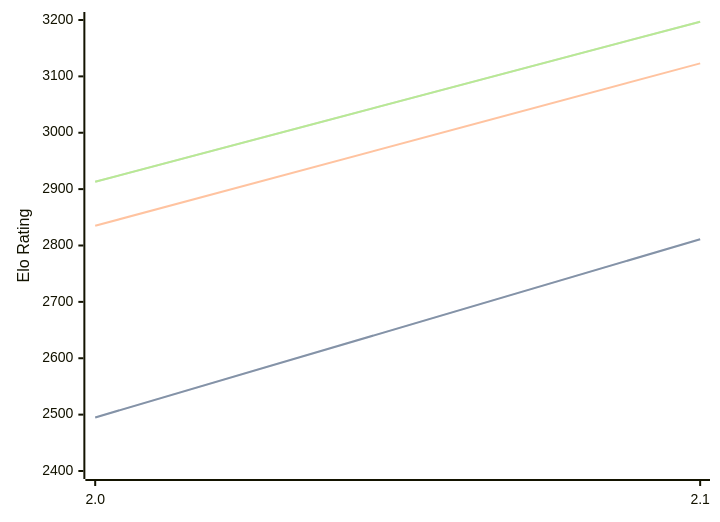
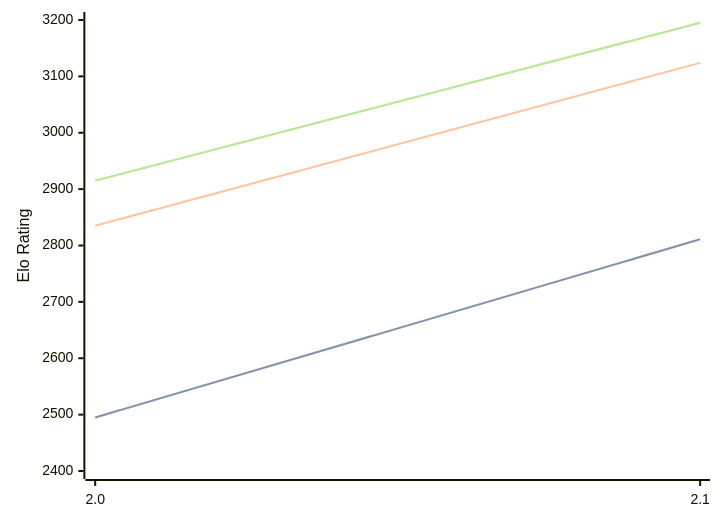
Before and after one commit to computer-chess-index/cci: the first of 3 diagrams in engines/Tunguska.md, drawn with Mermaid. The commit also changed other lines of this file, not shown here.

Commit message:
Update CCI Ratings (ELO VLTC) - 2026-06-21

````diff
--- a/engines/Tunguska.md
+++ b/engines/Tunguska.md
@@ -32,11 +32,11 @@
 ```mermaid
 %%{init: {"theme":"base","themeVariables":{"seriesColors:['#a3a3a3','#222221','#faa371']}}}%%
 xychart-beta
   x-axis ["2.0", "2.1"]
   y-axis "Elo Rating" 2400 --> 3200
   line "STC (8.0+0.08s)" [2495, 2811]
   line "STC (8.0+0.08s)" [2495, 2811]
-  line "LTC (60.0+0.60s)" [2835, 3123]
-  line "VLTC (2m24s+1.12s)" [2913, 3197]
-  line "VLTC (2m24s+1.12s)" [2913, 3197]
+  line "LTC (60.0+0.60s)" [2835, 3124]
+  line "VLTC (2m24s+1.12s)" [2915, 3195]
+  line "VLTC (2m24s+1.12s)" [2915, 3195]
 ```
````
